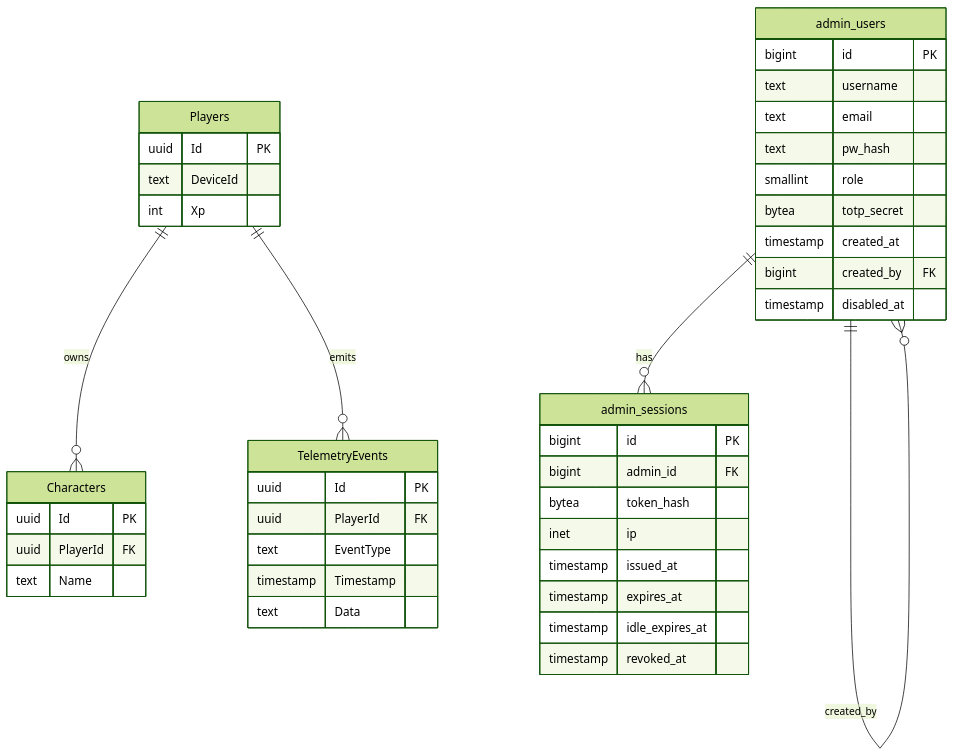
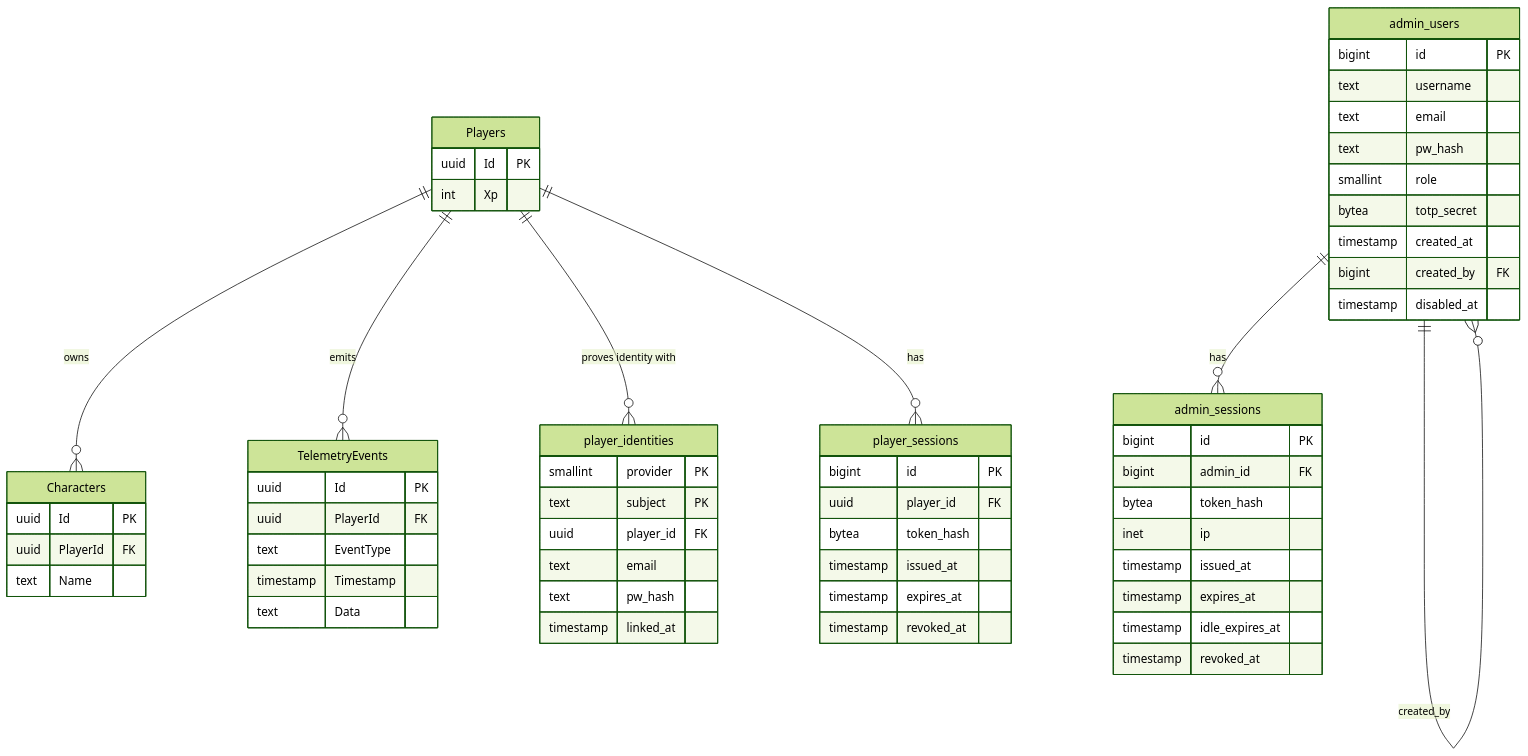
Before and after one commit to Bamboo01/Hakutaku: the diagram in docs/components/database.md, drawn with Mermaid (forest theme). The commit also changed other lines of this file and 14 other files, not shown here.

First line of the commit message:
Add player identities, sessions, email linking and login

````diff
--- a/docs/components/database.md
+++ b/docs/components/database.md
@@ -8,46 +8,63 @@
 ```mermaid
 erDiagram
     Players ||--o{ Characters : "owns"
     Players ||--o{ TelemetryEvents : "emits"
+    Players ||--o{ player_identities : "proves identity with"
+    Players ||--o{ player_sessions : "has"
     admin_users ||--o{ admin_sessions : "has"
     admin_users ||--o{ admin_users : "created_by"
 
     Players {
         uuid Id PK
-        text DeviceId
         int Xp
+    }
+    player_identities {
+        smallint provider PK
+        text subject PK
+        uuid player_id FK
+        text email
+        text pw_hash
+        timestamp linked_at
+    }
+    player_sessions {
+        bigint id PK
+        uuid player_id FK
+        bytea token_hash
+        timestamp issued_at
+        timestamp expires_at
+        timestamp revoked_at
     }
     Characters {
         uuid Id PK
         uuid PlayerId FK
         text Name
     }
     TelemetryEvents {
         uuid Id PK
         uuid PlayerId FK
         text EventType
         timestamp Timestamp
         text Data
     }
     admin_users {
         bigint id PK
         text username
         text email
         text pw_hash
         smallint role
         bytea totp_secret
         timestamp created_at
         bigint created_by FK
         timestamp disabled_at
     }
     admin_sessions {
         bigint id PK
         bigint admin_id FK
         bytea token_hash
         inet ip
         timestamp issued_at
         timestamp expires_at
         timestamp idle_expires_at
         timestamp revoked_at
     }
 ```
````
